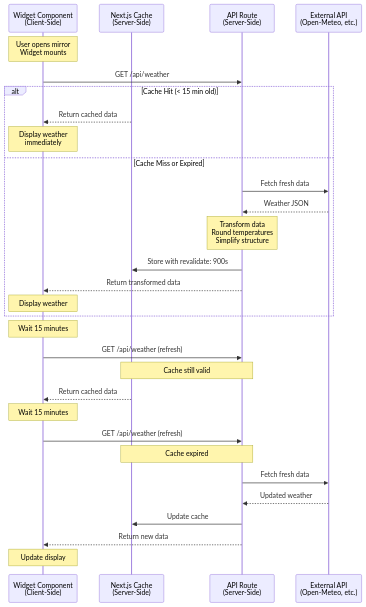
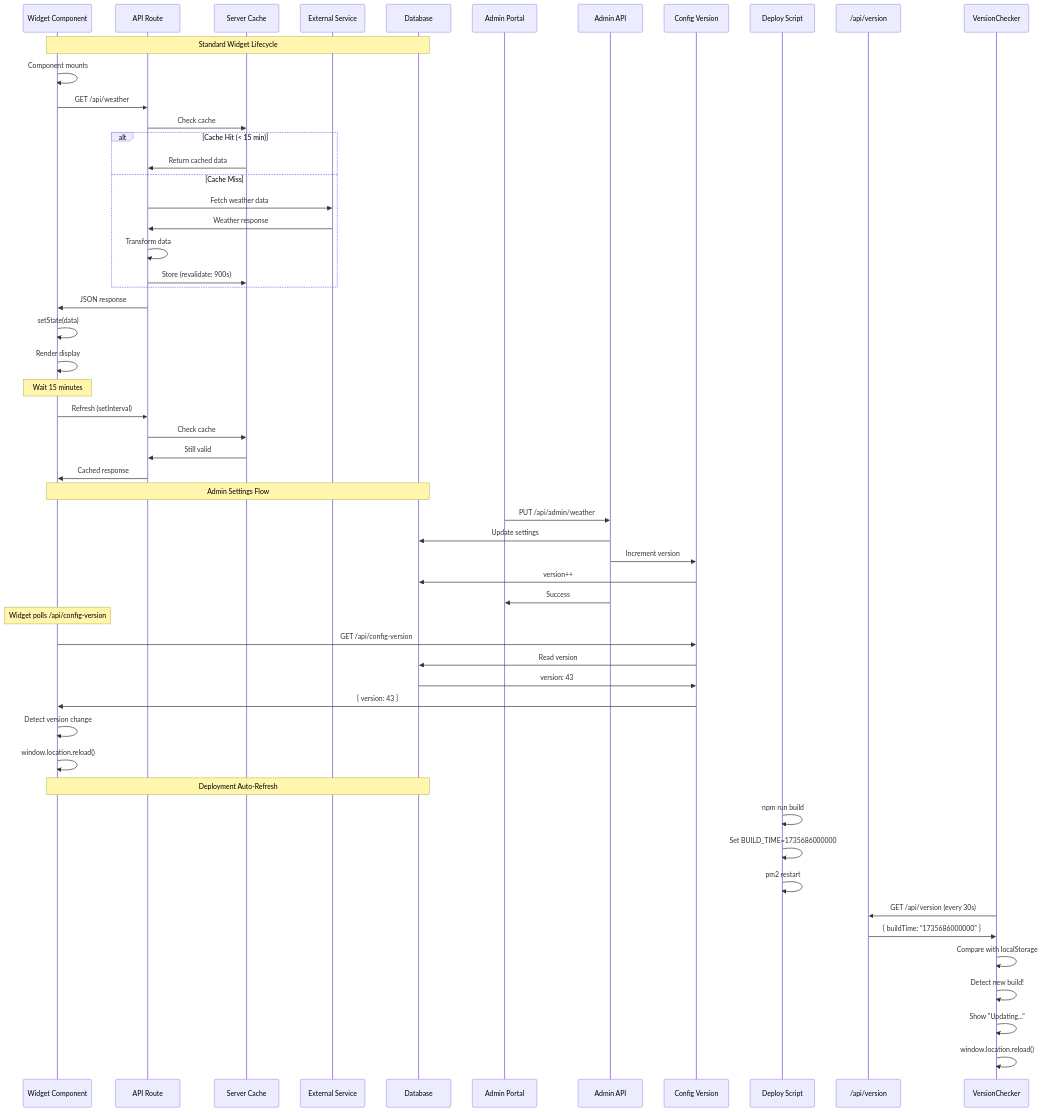
The second of 5 diagrams in docs/ARCHITECTURE.md (jjones-wps/jjones-magic-mirror), drawn with Mermaid before and after one commit. The commit also changed other lines of this file and 18 other files, not shown here.

````diff
--- a/docs/ARCHITECTURE.md
+++ b/docs/ARCHITECTURE.md
@@ -181,39 +205,72 @@
 ```mermaid
 sequenceDiagram
-    participant Widget as Widget Component<br/>(Client-Side)
-    participant Cache as Next.js Cache<br/>(Server-Side)
-    participant API as API Route<br/>(Server-Side)
-    participant External as External API<br/>(Open-Meteo, etc.)
+    participant Widget as Widget Component
+    participant API as API Route
+    participant Cache as Server Cache
+    participant External as External Service
+    participant DB as Database
 
-    Note over Widget: User opens mirror<br/>Widget mounts
+    Note over Widget,DB: Standard Widget Lifecycle
 
+    Widget->>Widget: Component mounts
     Widget->>API: GET /api/weather
 
-    alt Cache Hit (< 15 min old)
-        Cache-->>Widget: Return cached data
-        Note over Widget: Display weather<br/>immediately
-    else Cache Miss or Expired
-        API->>External: Fetch fresh data
-        External-->>API: Weather JSON
-        Note over API: Transform data<br/>Round temperatures<br/>Simplify structure
-        API->>Cache: Store with revalidate: 900s
-        API-->>Widget: Return transformed data
-        Note over Widget: Display weather
+    API->>Cache: Check cache
+    alt Cache Hit (< 15 min)
+        Cache->>API: Return cached data
+    else Cache Miss
+        API->>External: Fetch weather data
+        External->>API: Weather response
+        API->>API: Transform data
+        API->>Cache: Store (revalidate: 900s)
     end
+
+    API->>Widget: JSON response
+    Widget->>Widget: setState(data)
+    Widget->>Widget: Render display
 
     Note over Widget: Wait 15 minutes
 
-    Widget->>API: GET /api/weather (refresh)
-    Note over API,Cache: Cache still valid
-    Cache-->>Widget: Return cached data
+    Widget->>API: Refresh (setInterval)
+    API->>Cache: Check cache
+    Cache->>API: Still valid
+    API->>Widget: Cached response
 
-    Note over Widget: Wait 15 minutes
+    Note over Widget,DB: Admin Settings Flow
 
-    Widget->>API: GET /api/weather (refresh)
-    Note over API,Cache: Cache expired
-    API->>External: Fetch fresh data
-    External-->>API: Updated weather
-    API->>Cache: Update cache
-    API-->>Widget: Return new data
-    Note over Widget: Update display
+    participant Admin as Admin Portal
+    participant AdminAPI as Admin API
+    participant ConfigVer as Config Version
+
+    Admin->>AdminAPI: PUT /api/admin/weather
+    AdminAPI->>DB: Update settings
+    AdminAPI->>ConfigVer: Increment version
+    ConfigVer->>DB: version++
+    AdminAPI->>Admin: Success
+
+    Note over Widget: Widget polls /api/config-version
+
+    Widget->>ConfigVer: GET /api/config-version
+    ConfigVer->>DB: Read version
+    DB->>ConfigVer: version: 43
+    ConfigVer->>Widget: { version: 43 }
+    Widget->>Widget: Detect version change
+    Widget->>Widget: window.location.reload()
+
+    Note over Widget,DB: Deployment Auto-Refresh
+
+    participant Deploy as Deploy Script
+    participant VersionAPI as /api/version
+    participant VersionCheck as VersionChecker
+
+    Deploy->>Deploy: npm run build
+    Deploy->>Deploy: Set BUILD_TIME=1735686000000
+    Deploy->>Deploy: pm2 restart
+
+    VersionCheck->>VersionAPI: GET /api/version (every 30s)
+    VersionAPI->>VersionCheck: { buildTime: "1735686000000" }
+    VersionCheck->>VersionCheck: Compare with localStorage
+    VersionCheck->>VersionCheck: Detect new build!
+    VersionCheck->>VersionCheck: Show "Updating..."
+    VersionCheck->>VersionCheck: window.location.reload()
 ```
````
